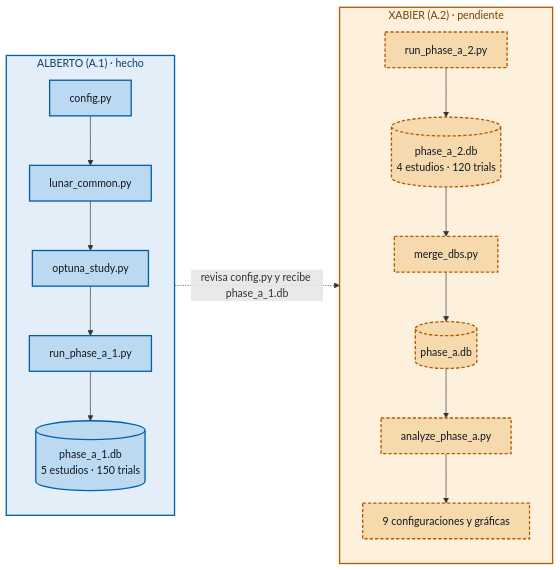
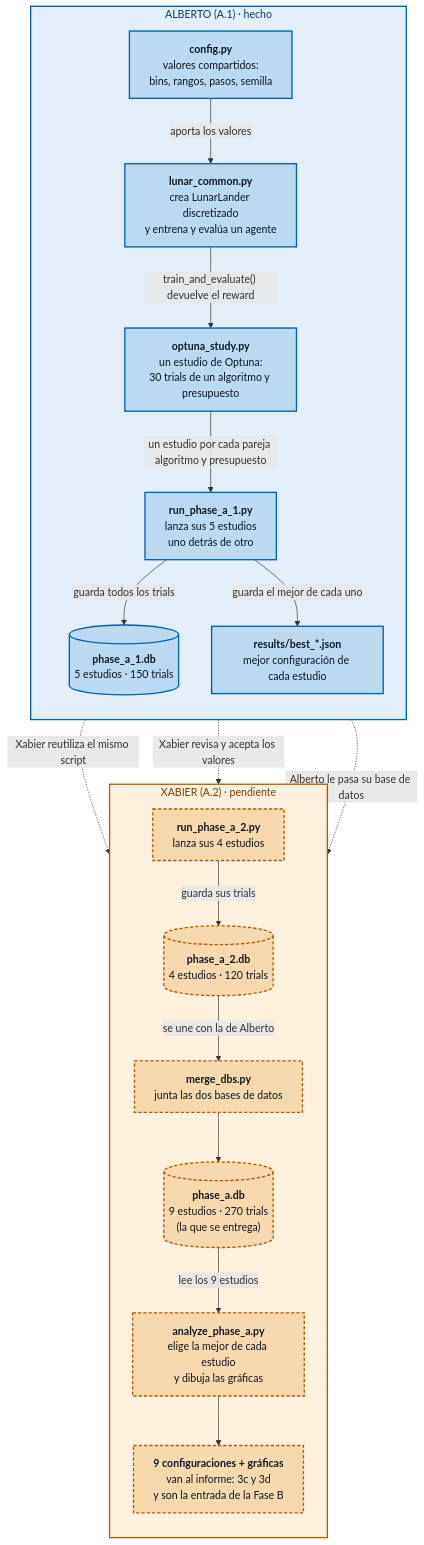
The diagram in ESTADO_EQUIPO.md (xabierabadperez/RL-Actividad_01), drawn with Mermaid before and after one commit. The commit also changed other lines of this file, not shown here.

````diff
--- a/ESTADO_EQUIPO.md
+++ b/ESTADO_EQUIPO.md
@@ -80,32 +80,43 @@
 ```mermaid
-flowchart LR
+flowchart TB
     subgraph ALB["ALBERTO (A.1) · hecho"]
         direction TB
-        C[config.py]
-        L[lunar_common.py]
-        O[optuna_study.py]
-        R1[run_phase_a_1.py]
-        D1[(phase_a_1.db<br/>5 estudios · 150 trials)]
-        C --> L --> O --> R1 --> D1
+        C["<b>config.py</b><br/>valores compartidos:<br/>bins, rangos, pasos, semilla"]
+        L["<b>lunar_common.py</b><br/>crea LunarLander discretizado<br/>y entrena y evalúa un agente"]
+        O["<b>optuna_study.py</b><br/>un estudio de Optuna:<br/>30 trials de un algoritmo y presupuesto"]
+        R1["<b>run_phase_a_1.py</b><br/>lanza sus 5 estudios<br/>uno detrás de otro"]
+        D1[("<b>phase_a_1.db</b><br/>5 estudios · 150 trials")]
+        J1["<b>results/best_*.json</b><br/>mejor configuración de cada estudio"]
+        C -->|"aporta los valores"| L
+        L -->|"train_and_evaluate() devuelve el reward"| O
+        O -->|"un estudio por cada pareja algoritmo y presupuesto"| R1
+        R1 -->|"guarda todos los trials"| D1
+        R1 -->|"guarda el mejor de cada uno"| J1
     end
 
     subgraph XAB["XABIER (A.2) · pendiente"]
         direction TB
-        R2[run_phase_a_2.py]
-        D2[(phase_a_2.db<br/>4 estudios · 120 trials)]
-        M[merge_dbs.py]
-        D[(phase_a.db)]
-        A[analyze_phase_a.py]
-        Z[9 configuraciones y gráficas]
-        R2 --> D2 --> M --> D --> A --> Z
+        R2["<b>run_phase_a_2.py</b><br/>lanza sus 4 estudios"]
+        D2[("<b>phase_a_2.db</b><br/>4 estudios · 120 trials")]
+        M["<b>merge_dbs.py</b><br/>junta las dos bases de datos"]
+        D[("<b>phase_a.db</b><br/>9 estudios · 270 trials<br/>(la que se entrega)")]
+        A["<b>analyze_phase_a.py</b><br/>elige la mejor de cada estudio<br/>y dibuja las gráficas"]
+        Z["<b>9 configuraciones + gráficas</b><br/>van al informe: 3c y 3d<br/>y son la entrada de la Fase B"]
+        R2 -->|"guarda sus trials"| D2
+        D2 -->|"se une con la de Alberto"| M
+        M --> D
+        D -->|"lee los 9 estudios"| A
+        A --> Z
     end
 
-    ALB -. "revisa config.py y recibe phase_a_1.db" .-> XAB
+    O -. "Xabier reutiliza el mismo script" .-> R2
+    C -. "Xabier revisa y acepta los valores" .-> R2
+    D1 -. "Alberto le pasa su base de datos" .-> M
 
     classDef hecho fill:#bcd9f2,stroke:#0060aa,stroke-width:2px,color:#101820
     classDef pendiente fill:#f7d9ae,stroke:#b35c00,stroke-width:2px,stroke-dasharray:5 3,color:#101820
-    class C,L,O,R1,D1 hecho
+    class C,L,O,R1,D1,J1 hecho
     class R2,D2,M,D,A,Z pendiente
     style ALB fill:#e3eef8,stroke:#0060aa,stroke-width:2px,color:#0a3d6b
     style XAB fill:#fdf0dd,stroke:#b35c00,stroke-width:2px,color:#7a3f00
 ```
````
